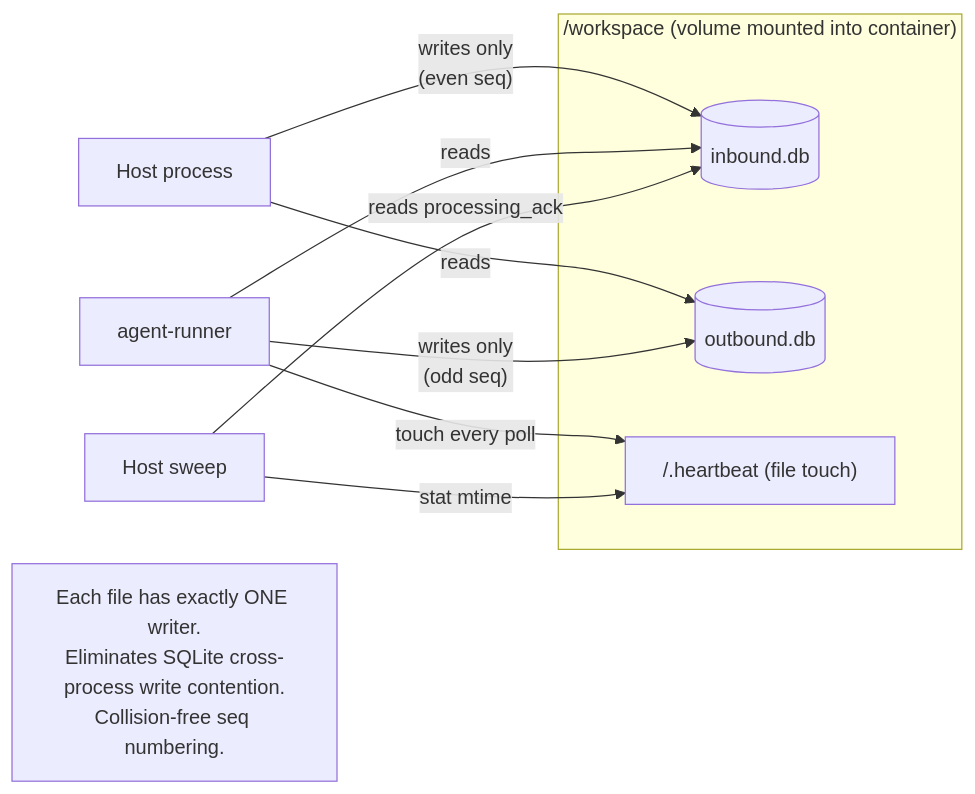
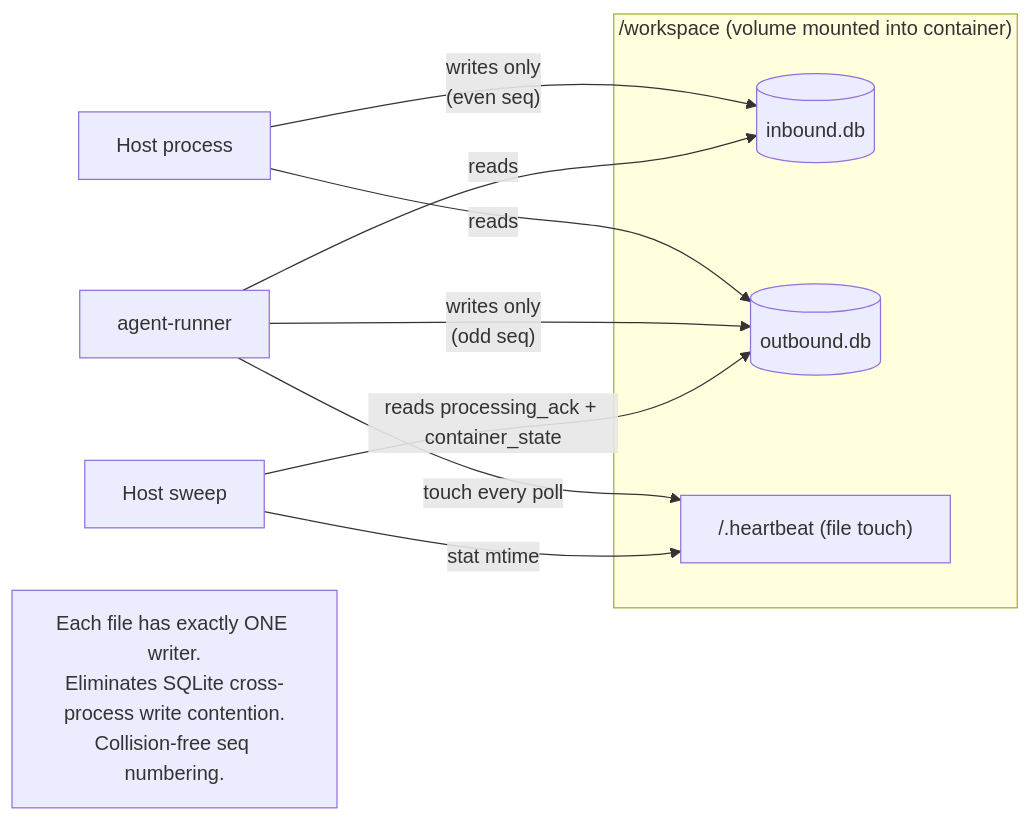
One commit to albanleandri/nanoclaw changed the fifth of 5 diagrams in docs/architecture-diagram.md. Above: the diagram before and after it, drawn with Mermaid. The commit also changed other lines of this file and 16 other files, not shown here.

````diff
--- a/docs/architecture-diagram.md
+++ b/docs/architecture-diagram.md
@@ -198,18 +203,18 @@
 ```mermaid
 flowchart LR
   subgraph Mount["/workspace (volume mounted into container)"]
     In[("inbound.db")]
     Out[("outbound.db")]
     HB["/.heartbeat (file touch)"]
   end
 
   Host[Host process] -->|"writes only<br/>(even seq)"| In
   Host -->|reads| Out
   Container[agent-runner] -->|reads| In
   Container -->|"writes only<br/>(odd seq)"| Out
   Container -->|touch every poll| HB
   HostSweep[Host sweep] -->|stat mtime| HB
-  HostSweep -->|reads processing_ack| In
+  HostSweep -->|reads processing_ack + container_state| Out
 
   note1["Each file has exactly ONE writer.<br/>Eliminates SQLite cross-process write contention.<br/>Collision-free seq numbering."]
 ```
````
